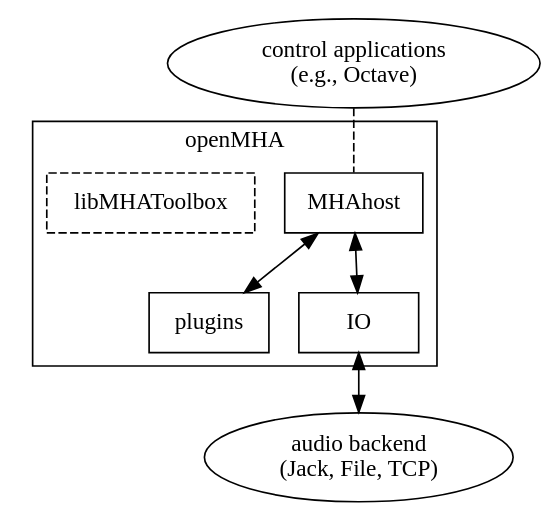
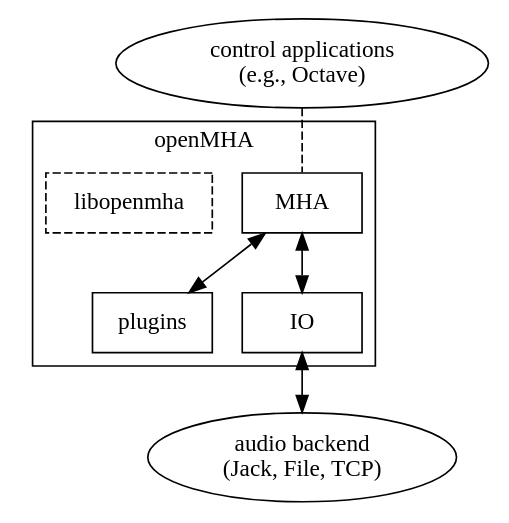
The diagram in mha/doc/images/structure_openmha.dot (HoerTech-gGmbH/openMHA), drawn with Graphviz before and after one commit. The commit also changed 657 other files, not shown here.

```diff
--- a/mha/doc/images/structure_openmha.dot
+++ b/mha/doc/images/structure_openmha.dot
@@ -1,43 +1,57 @@
+// This file is part of the Open HörTech Master Hearing Aid (openMHA)
+// Copyright © 2017 HörTech gGmbH
+//
+// openMHA is free software: you can redistribute it and/or modify
+// it under the terms of the GNU Affero General Public License as published by
+// the Free Software Foundation, version 3 of the License.
+//
+// openMHA is distributed in the hope that it will be useful,
+// but WITHOUT ANY WARRANTY; without even the implied warranty of
+// MERCHANTABILITY or FITNESS FOR A PARTICULAR PURPOSE.  See the
+// GNU Affero General Public License, version 3 for more details.
+//
+// You should have received a copy of the GNU Affero General Public License, 
+// version 3 along with openMHA.  If not, see <http://www.gnu.org/licenses/>.
+
 graph openmha {
 
   margin = "0";
   splines = "line";
 
   subgraph cluster_openmha {
 
     margin = "8";
     label = "openMHA";
 
     {
       node [shape="box",width="1",height="0.5"];
 
       plugins;
       IO;
-      MHAhost;
-      libMHAToolbox [style="dashed"];
+      MHA;
+      libopenmha [style="dashed"];
     };
-
-    //libMHAToolbox -- MHAhost:w [style="dashed"];
-    //libMHAToolbox -- plugins:w [style="dashed"];
-    //libMHAToolbox -- IO:w [style="dashed"];
 
   };
 
   config [label="control applications\n(e.g., Octave)"];
 
   
   audiobackend [label="audio backend\n(Jack, File, TCP)"];
 
 
-  MHAhost -- IO [dir="both"];
-  config -- MHAhost [style="dashed"];
-  MHAhost -- plugins [dir="both"];
+  MHA -- IO [dir="both"];
+  config -- MHA [style="dashed"];
+  MHA -- plugins [dir="both"];
   
 
   IO -- audiobackend [dir="both"];
 
 }
 
 // Local Variables:
 // mode: c
+// c-basic-offset: 2
+// indent-tabs-mode: nil
+// coding: utf-8-unix
 // End:
```
